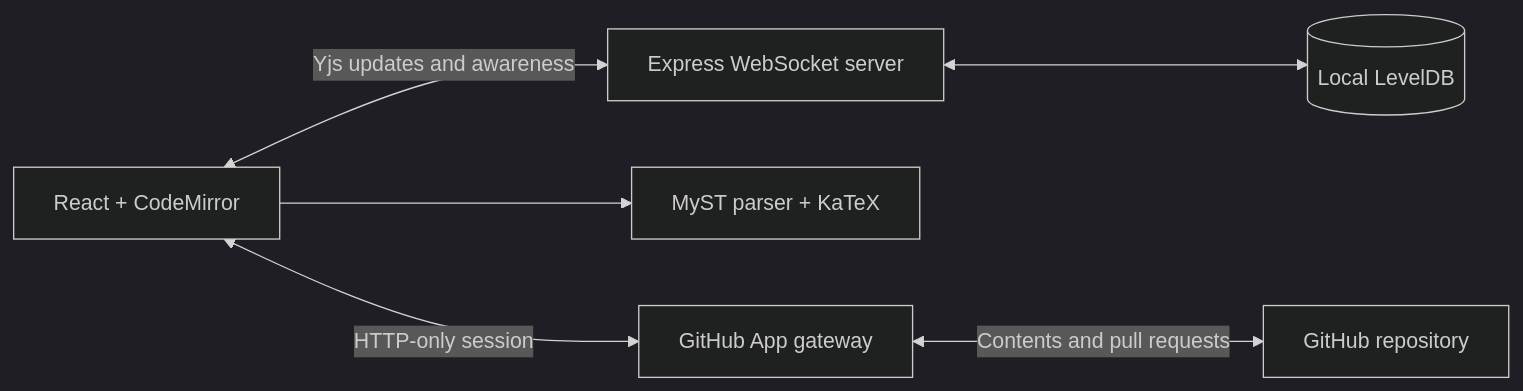
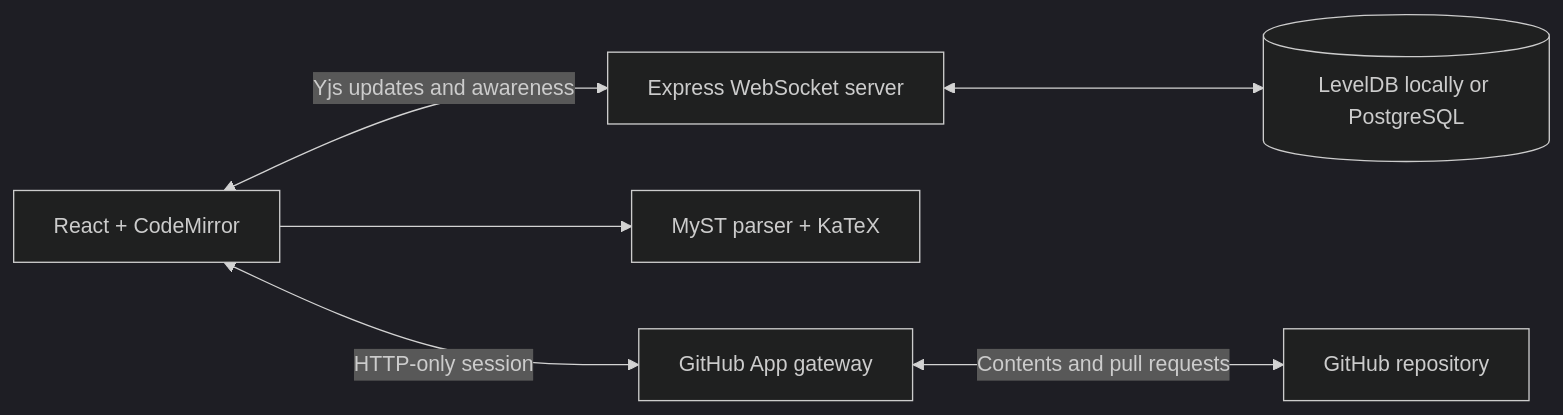
The first of 2 diagrams in docs/ARCHITECTURE.md (AllenNeuralDynamics/demystify), drawn with Mermaid (dark theme) before and after one commit. The commit also changed other lines of this file and 21 other files, not shown here.

Commit message:
Add PostgreSQL persistence and Cloud Run packaging

````diff
--- a/docs/ARCHITECTURE.md
+++ b/docs/ARCHITECTURE.md
@@ -5,8 +5,8 @@
 ```mermaid
 flowchart LR
   B[React + CodeMirror] <-->|Yjs updates and awareness| W[Express WebSocket server]
   B --> M[MyST parser + KaTeX]
-  W <--> L[(Local LevelDB)]
+  W <--> L[(LevelDB locally or PostgreSQL)]
   B <-->|HTTP-only session| G[GitHub App gateway]
   G <-->|Contents and pull requests| R[GitHub repository]
 ```
````
